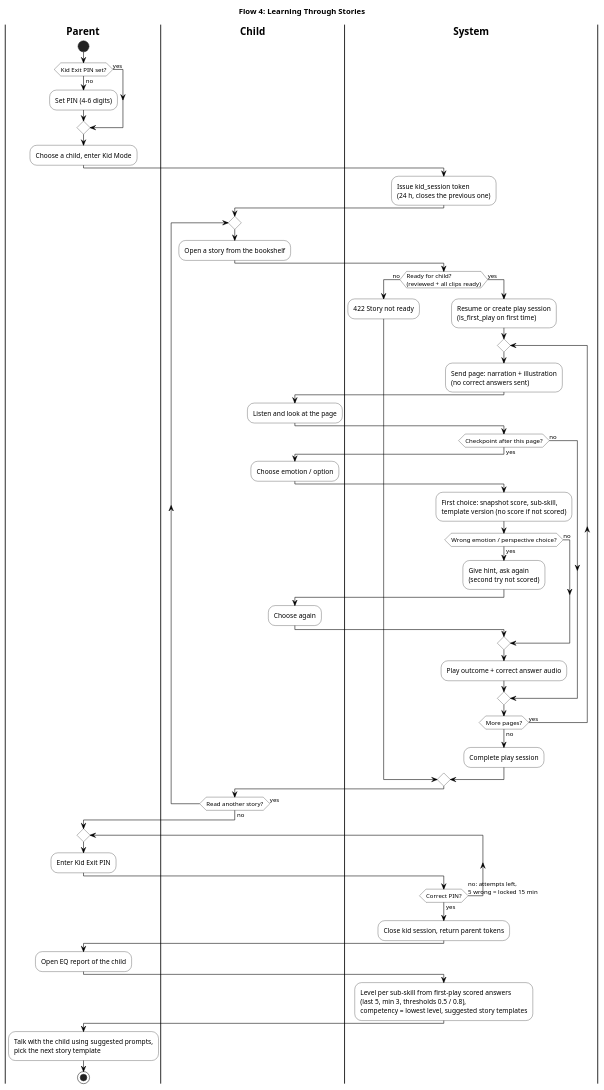
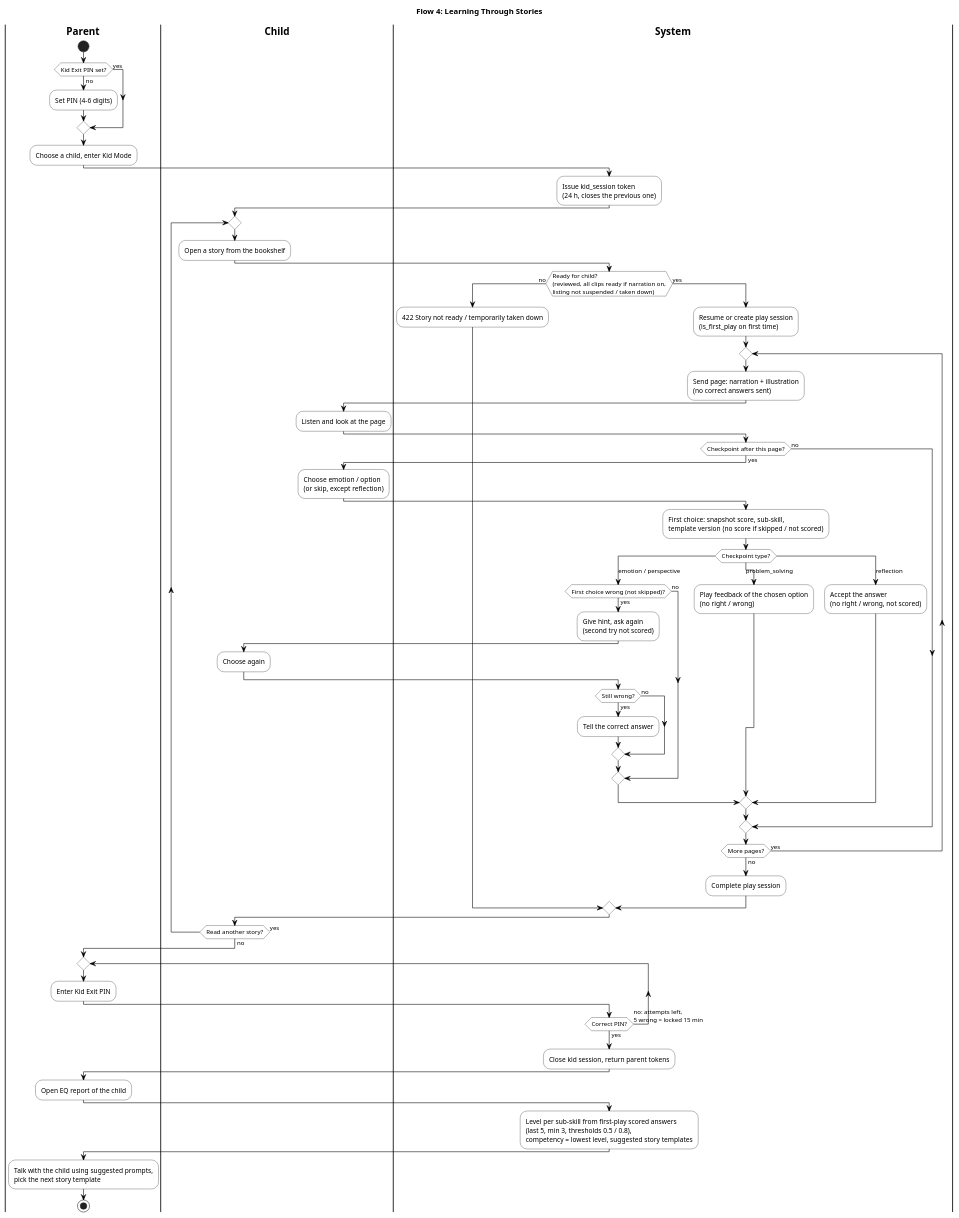
Before and after one commit to SEP490-GFA26SE186/BE: the diagram in docs/diagrams/flows/flow-4-learning.puml, drawn with PlantUML. The commit also changed 7 other files, not shown here.

First line of the commit message:
docs(flows): cap nhat activity diagram 4 luong chinh theo code hien tai

```diff
--- a/docs/diagrams/flows/flow-4-learning.puml
+++ b/docs/diagrams/flows/flow-4-learning.puml
@@ -1,72 +1,82 @@
 @startuml flow-4-learning
 title Flow 4: Learning Through Stories
 skinparam defaultFontName Arial
 skinparam shadowing false
 skinparam ArrowColor #000000
 skinparam ActivityBackgroundColor #FFFFFF
 skinparam ActivityBorderColor #000000
 skinparam ActivityDiamondBackgroundColor #FFFFFF
 skinparam ActivityDiamondBorderColor #000000
 skinparam SwimlaneBorderColor #000000
 skinparam SwimlaneTitleFontStyle bold
 
 |Parent|
 |Child|
 |System|
 
 |Parent|
 start
 if (Kid Exit PIN set?) then (no)
   :Set PIN (4-6 digits);
 else (yes)
 endif
 :Choose a child, enter Kid Mode;
 |System|
 :Issue kid_session token\n(24 h, closes the previous one);
 |Child|
 repeat
   :Open a story from the bookshelf;
   |System|
-  if (Ready for child?\n(reviewed + all clips ready)) then (no)
-    :422 Story not ready;
+  if (Ready for child?\n(reviewed, all clips ready if narration on,\nlisting not suspended / taken down)) then (no)
+    :422 Story not ready / temporarily taken down;
   else (yes)
     :Resume or create play session\n(is_first_play on first time);
     repeat
       :Send page: narration + illustration\n(no correct answers sent);
       |Child|
       :Listen and look at the page;
       |System|
       if (Checkpoint after this page?) then (yes)
         |Child|
-        :Choose emotion / option;
+        :Choose emotion / option\n(or skip, except reflection);
         |System|
-        :First choice: snapshot score, sub-skill,\ntemplate version (no score if not scored);
-        if (Wrong emotion / perspective choice?) then (yes)
-          :Give hint, ask again\n(second try not scored);
-          |Child|
-          :Choose again;
-        else (no)
-        endif
-        |System|
-        :Play outcome + correct answer audio;
+        :First choice: snapshot score, sub-skill,\ntemplate version (no score if skipped / not scored);
+        switch (Checkpoint type?)
+        case (emotion / perspective)
+          if (First choice wrong (not skipped)?) then (yes)
+            :Give hint, ask again\n(second try not scored);
+            |Child|
+            :Choose again;
+            |System|
+            if (Still wrong?) then (yes)
+              :Tell the correct answer;
+            else (no)
+            endif
+          else (no)
+          endif
+        case (problem_solving)
+          :Play feedback of the chosen option\n(no right / wrong);
+        case (reflection)
+          :Accept the answer\n(no right / wrong, not scored);
+        endswitch
       else (no)
       endif
     repeat while (More pages?) is (yes) not (no)
     :Complete play session;
   endif
   |Child|
 repeat while (Read another story?) is (yes) not (no)
 |Parent|
 repeat
   :Enter Kid Exit PIN;
   |System|
 repeat while (Correct PIN?) is (no: attempts left,\n5 wrong = locked 15 min) not (yes)
 :Close kid session, return parent tokens;
 |Parent|
 :Open EQ report of the child;
 |System|
 :Level per sub-skill from first-play scored answers\n(last 5, min 3, thresholds 0.5 / 0.8),\ncompetency = lowest level, suggested story templates;
 |Parent|
 :Talk with the child using suggested prompts,\npick the next story template;
 stop
 @enduml
```
